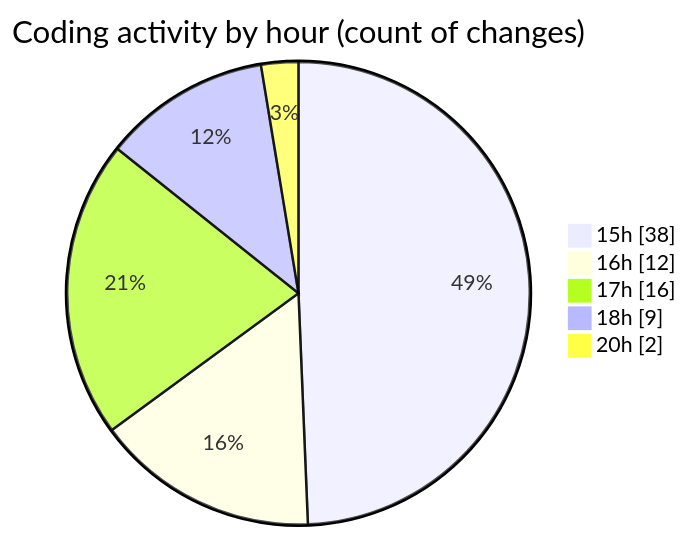
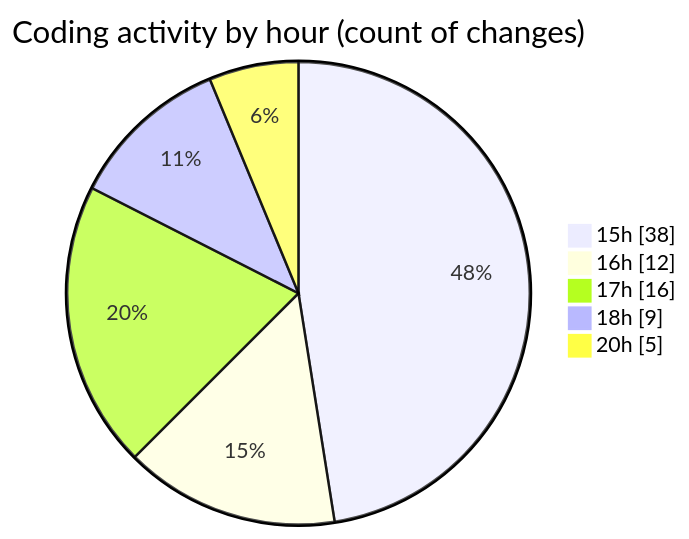
The second of 2 diagrams in 2025-09-08/cashcalculator/README.md (nxtqubesakshisongat/code-tracking), drawn with Mermaid before and after one commit. The commit also changed other lines of this file and 1 other file, not shown here.

````diff
--- a/2025-09-08/cashcalculator/README.md
+++ b/2025-09-08/cashcalculator/README.md
@@ -28,9 +28,9 @@
 ```mermaid
 pie showData
 title Coding activity by hour (count of changes)
 "15h" : 38
 "16h" : 12
 "17h" : 16
 "18h" : 9
-"20h" : 2
+"20h" : 5
 ```
````
